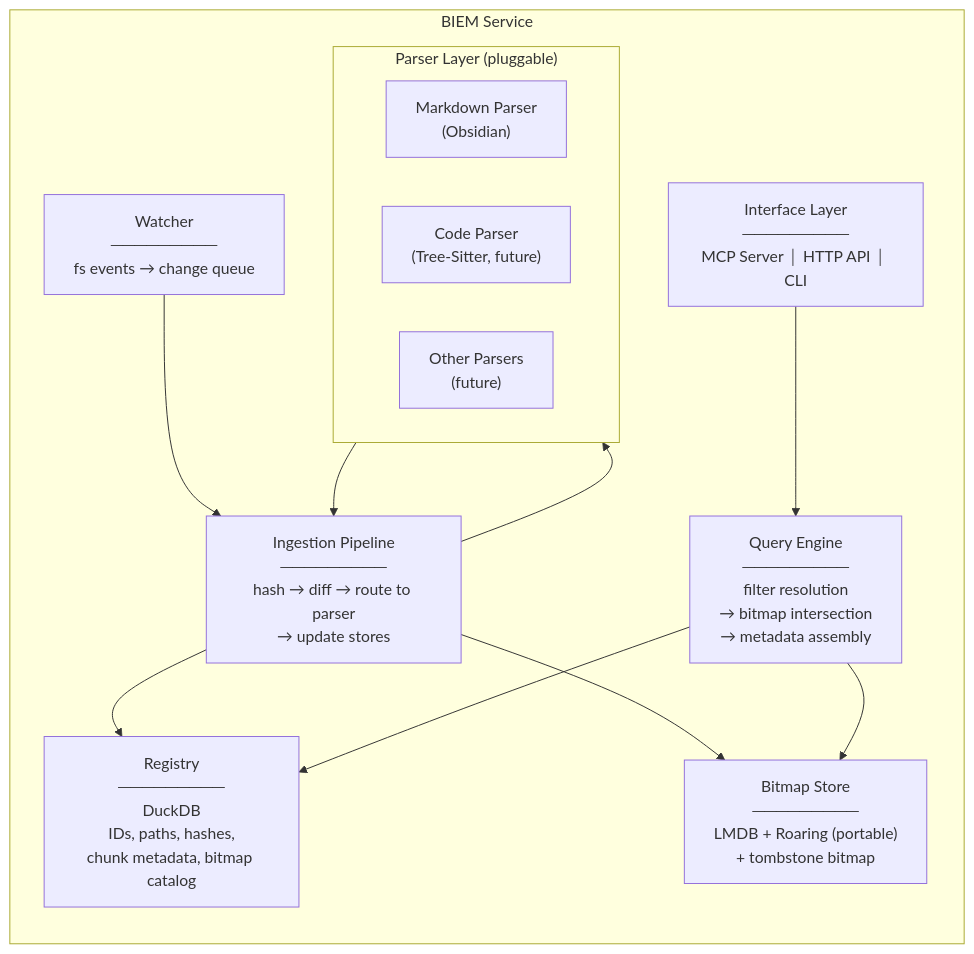
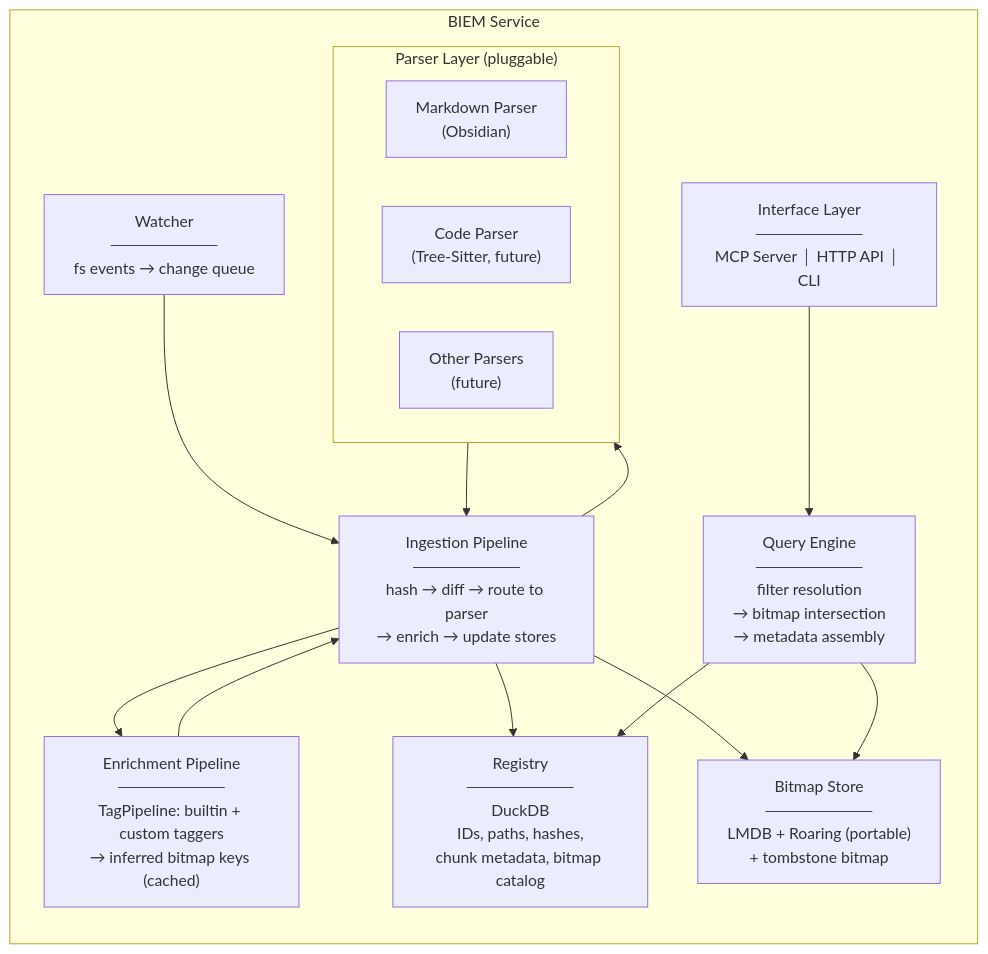
The second of 9 diagrams in docs/architecture/001-system-overview.md (locusd-ai/locus), drawn with Mermaid before and after one commit. The commit also changed other lines of this file and 5 other files, not shown here.

````diff
--- a/docs/architecture/001-system-overview.md
+++ b/docs/architecture/001-system-overview.md
@@ -62,33 +62,37 @@
 ```mermaid
 graph TB
     subgraph BIEM["BIEM Service"]
         direction TB
 
         WATCH["Watcher<br/>─────────<br/>fs events → change queue"]
 
         subgraph Parsing["Parser Layer (pluggable)"]
             P_MD["Markdown Parser<br/>(Obsidian)"]
             P_CODE["Code Parser<br/>(Tree-Sitter, future)"]
             P_OTHER["Other Parsers<br/>(future)"]
         end
 
-        INGEST["Ingestion Pipeline<br/>─────────<br/>hash → diff → route to parser<br/>→ update stores"]
+        ENRICH["Enrichment Pipeline<br/>─────────<br/>TagPipeline: builtin + custom taggers<br/>→ inferred bitmap keys (cached)"]
+
+        INGEST["Ingestion Pipeline<br/>─────────<br/>hash → diff → route to parser<br/>→ enrich → update stores"]
 
         BITMAP["Bitmap Store<br/>─────────<br/>LMDB + Roaring (portable)<br/>+ tombstone bitmap"]
 
         REG["Registry<br/>─────────<br/>DuckDB<br/>IDs, paths, hashes,<br/>chunk metadata, bitmap catalog"]
 
         QUERY["Query Engine<br/>─────────<br/>filter resolution<br/>→ bitmap intersection<br/>→ metadata assembly"]
 
         IFACE["Interface Layer<br/>─────────<br/>MCP Server │ HTTP API │ CLI"]
     end
 
     WATCH --> INGEST
     INGEST --> Parsing
     Parsing --> INGEST
+    INGEST --> ENRICH
+    ENRICH --> INGEST
     INGEST --> REG
     INGEST --> BITMAP
     IFACE --> QUERY
     QUERY --> BITMAP
     QUERY --> REG
 ```
````
